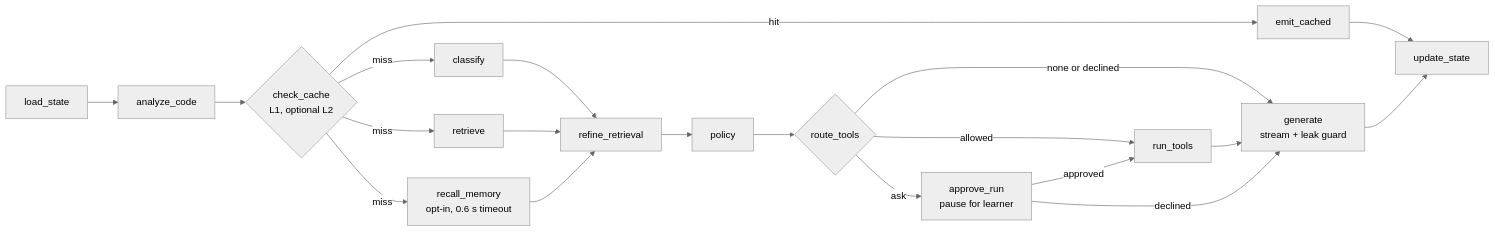
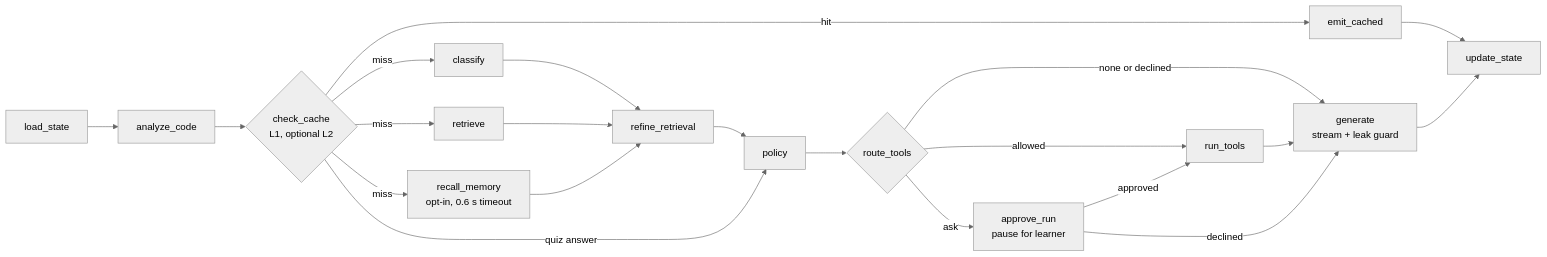
One commit to jsuryanm/code-buddy changed the first of 2 diagrams in docs/architecture.md. Above: the diagram before and after it, drawn with Mermaid (neutral theme). The commit also changed other lines of this file and 9 other files, not shown here.

````diff
--- a/docs/architecture.md
+++ b/docs/architecture.md
@@ -70,22 +70,23 @@
 ```mermaid
 flowchart LR
     A[load_state] --> B[analyze_code]
     B --> C{check_cache<br/>L1, optional L2}
     C -- hit --> D[emit_cached]
     C -- miss --> E[classify]
     C -- miss --> F[retrieve]
     C -- miss --> M[recall_memory<br/>opt-in, 0.6 s timeout]
+    C -- quiz answer --> G
     E --> R[refine_retrieval]
     F --> R
     M --> R
     R --> G[policy]
     G --> T{route_tools}
     T -- none or declined --> H[generate<br/>stream + leak guard]
     T -- allowed --> X[run_tools]
     T -- ask --> P[approve_run<br/>pause for learner]
     P -- approved --> X
     P -- declined --> H
     X --> H
     D --> I[update_state]
     H --> I
 ```
````
